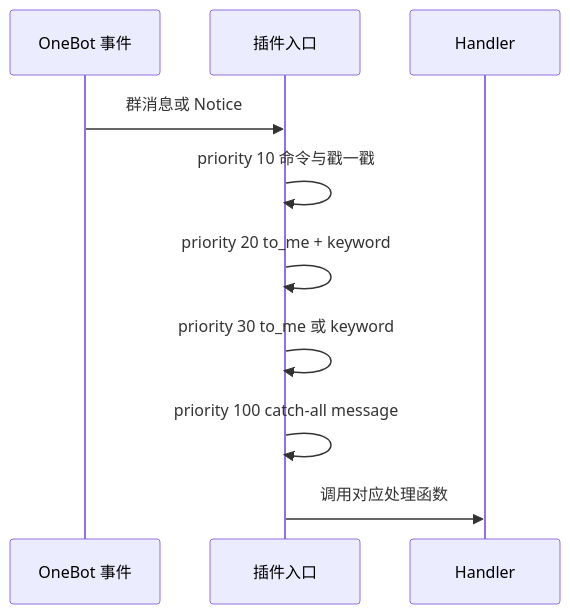
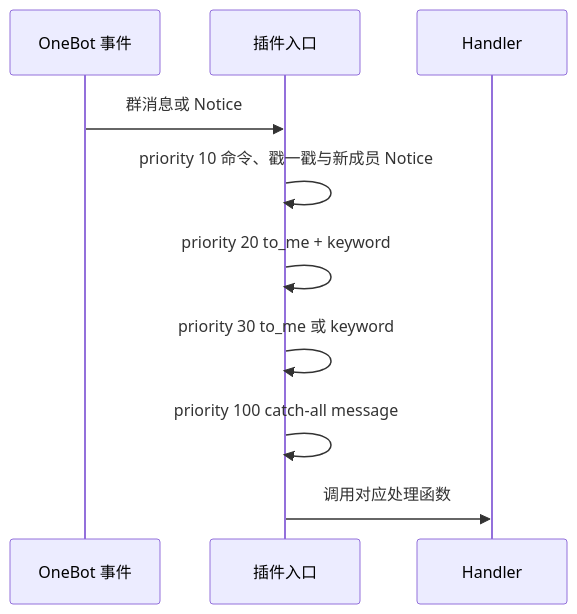
One commit to ATreep/hatsume-qq-bot changed the second of 10 diagrams in docs/arch.md. Above: the diagram before and after it, drawn with Mermaid. The commit also changed other lines of this file and 3 other files, not shown here.

```diff
--- a/docs/arch.md
+++ b/docs/arch.md
@@ -106,12 +108,12 @@
 ~~~mermaid
 sequenceDiagram
     participant QQ as OneBot 事件
     participant E as 插件入口
     participant H as Handler
     QQ->>E: 群消息或 Notice
-    E->>E: priority 10 命令与戳一戳
+    E->>E: priority 10 命令、戳一戳与新成员 Notice
     E->>E: priority 20 to_me + keyword
     E->>E: priority 30 to_me 或 keyword
     E->>E: priority 100 catch-all message
     E->>H: 调用对应处理函数
 ~~~
```
